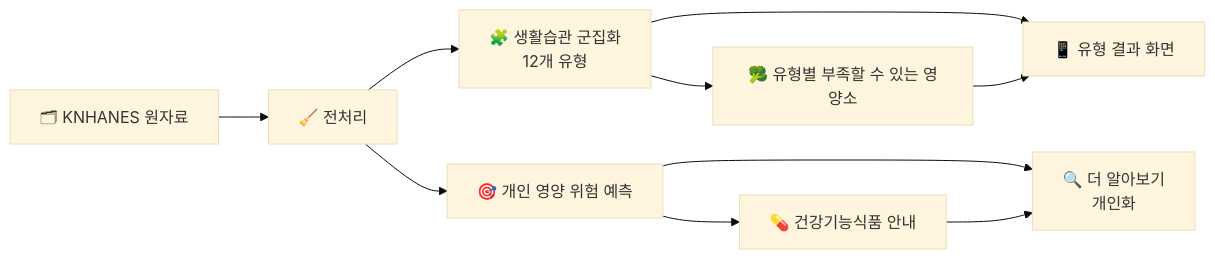
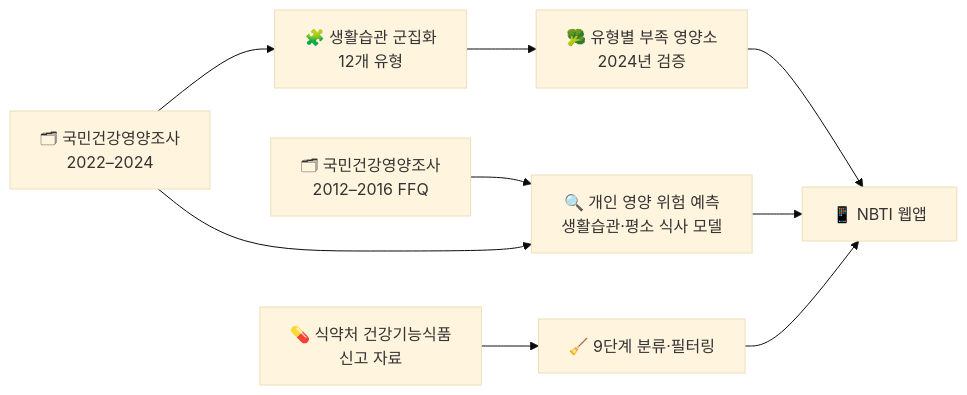
One commit to BigskyYang/Matchum changed the diagram in README.md. Above: the diagram before and after it, drawn with Mermaid (base theme). The commit also changed other lines of this file and 929 other files, not shown here.

````diff
--- a/README.md
+++ b/README.md
@@ -33,9 +53,11 @@
 ```mermaid
 flowchart LR
-    A[🗂 KNHANES 원자료] --> B[🧹 전처리] --> C[🧩 생활습관 군집화<br>12개 유형]
-    C --> D[🥦 유형별 부족할 수 있는 영양소]
-    B --> E[🎯 개인 영양 위험 예측]
-    E --> G[💊 건강기능식품 안내]
-    C & D --> F[📱 유형 결과 화면]
-    E & G --> H[🔍 더 알아보기<br>개인화]
+    A[🗂 국민건강영양조사<br>2022–2024] --> B[🧩 생활습관 군집화<br>12개 유형]
+    B --> C[🥦 유형별 부족 영양소<br>2024년 검증]
+    A2[🗂 국민건강영양조사<br>2012–2016 FFQ] --> D[🔍 개인 영양 위험 예측<br>생활습관·평소 식사 모델]
+    A --> D
+    E[💊 식약처 건강기능식품<br>신고 자료] --> F[🧹 9단계 분류·필터링]
+    C --> W[📱 NBTI 웹앱]
+    D --> W
+    F --> W
 ```
````
